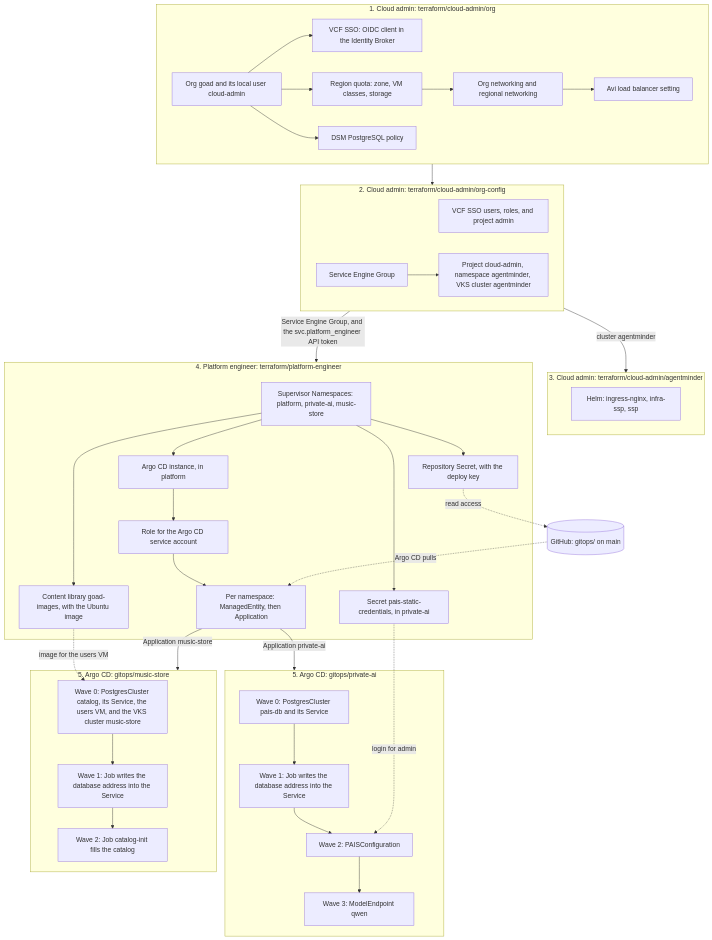
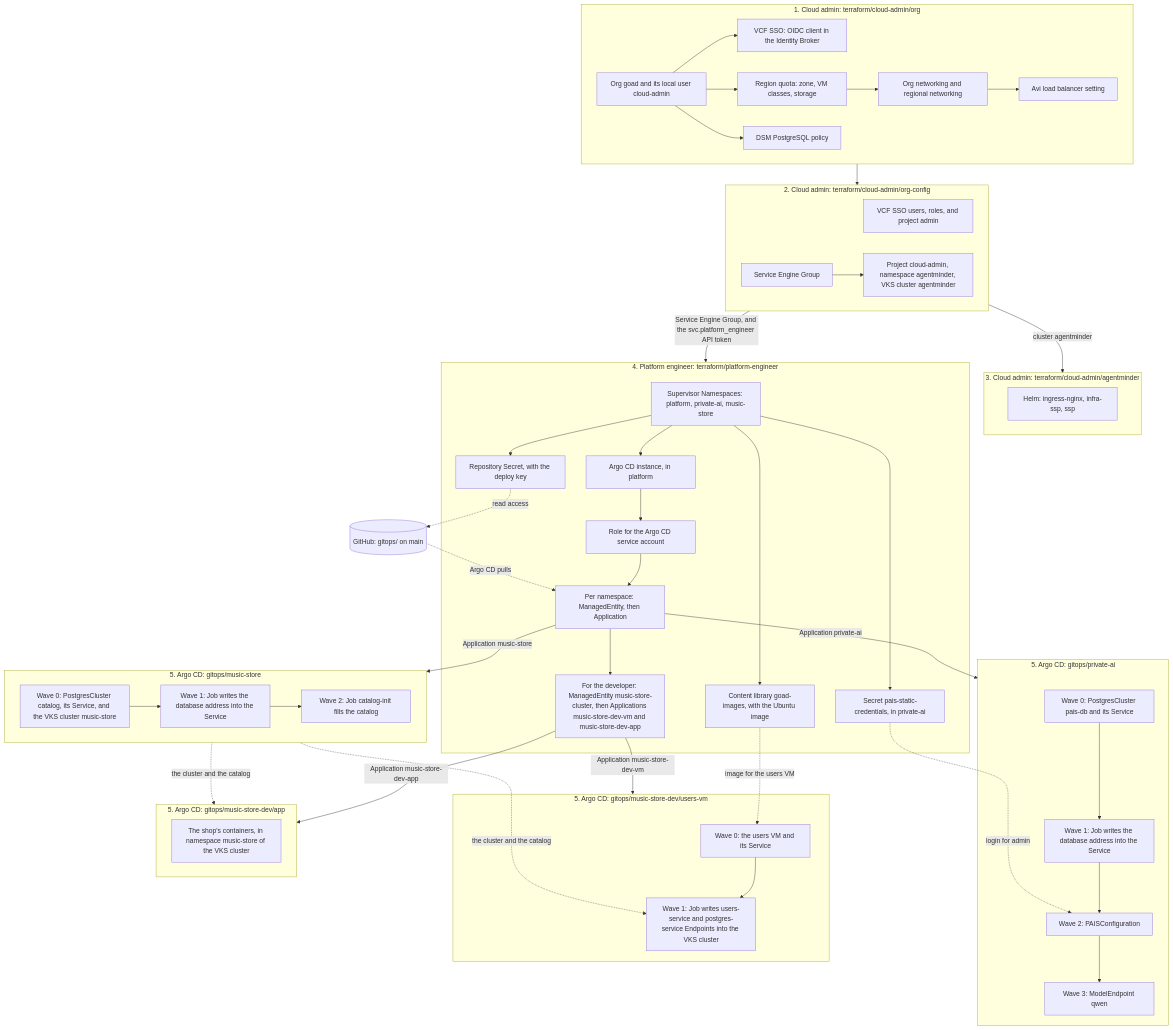
Before and after one commit to modern-apps-5/the-goad: the diagram in README.md, drawn with Mermaid. The commit also changed other lines of this file and 12 other files, not shown here.

First line of the commit message:
Deploy the music store as the developer: users VM and shop containers.

````diff
--- a/README.md
+++ b/README.md
@@ -36,66 +51,81 @@
 ```mermaid
 flowchart TD
     subgraph cloud_admin["1. Cloud admin: terraform/cloud-admin/org"]
         org["Org goad and its local user cloud-admin"]
         sso["VCF SSO: OIDC client in the Identity Broker"]
         quota["Region quota: zone, VM classes, storage"]
         networking["Org networking and regional networking"]
         avi_setting["Avi load balancer setting"]
         dsm_policy["DSM PostgreSQL policy"]
         org --> sso
         org --> quota --> networking --> avi_setting
         org --> dsm_policy
     end
 
     subgraph org_config["2. Cloud admin: terraform/cloud-admin/org-config"]
         users["VCF SSO users, roles, and project admin"]
         seg["Service Engine Group"]
         am_cluster["Project cloud-admin, namespace agentminder, VKS cluster agentminder"]
         seg --> am_cluster
     end
 
     subgraph agentminder["3. Cloud admin: terraform/cloud-admin/agentminder"]
         am_helm["Helm: ingress-nginx, infra-ssp, ssp"]
     end
 
     subgraph platform_engineer["4. Platform engineer: terraform/platform-engineer"]
         namespaces["Supervisor Namespaces: platform, private-ai, music-store"]
         argocd["Argo CD instance, in platform"]
         role["Role for the Argo CD service account"]
         repo_secret["Repository Secret, with the deploy key"]
         pais_secret["Secret pais-static-credentials, in private-ai"]
         handoff["Per namespace: ManagedEntity, then Application"]
+        dev_handoff["For the developer: ManagedEntity music-store-cluster, then Applications music-store-dev-vm and music-store-dev-app"]
         images["Content library goad-images, with the Ubuntu image"]
-        namespaces --> argocd --> role --> handoff
+        namespaces --> argocd --> role --> handoff --> dev_handoff
         namespaces --> repo_secret
         namespaces --> pais_secret
         namespaces --> images
     end
 
     git[("GitHub: gitops/ on main")]
 
     subgraph private_ai["5. Argo CD: gitops/private-ai"]
         pais_wave0["Wave 0: PostgresCluster pais-db and its Service"]
         pais_wave1["Wave 1: Job writes the database address into the Service"]
         pais_wave2["Wave 2: PAISConfiguration"]
         pais_wave3["Wave 3: ModelEndpoint qwen"]
         pais_wave0 --> pais_wave1 --> pais_wave2 --> pais_wave3
     end
 
     subgraph music_store["5. Argo CD: gitops/music-store"]
-        shop_wave0["Wave 0: PostgresCluster catalog, its Service, the users VM, and the VKS cluster music-store"]
+        shop_wave0["Wave 0: PostgresCluster catalog, its Service, and the VKS cluster music-store"]
         shop_wave1["Wave 1: Job writes the database address into the Service"]
         shop_wave2["Wave 2: Job catalog-init fills the catalog"]
         shop_wave0 --> shop_wave1 --> shop_wave2
+    end
+
+    subgraph music_store_dev_vm["5. Argo CD: gitops/music-store-dev/users-vm"]
+        dev_vm_wave0["Wave 0: the users VM and its Service"]
+        dev_vm_wave1["Wave 1: Job writes users-service and postgres-service Endpoints into the VKS cluster"]
+        dev_vm_wave0 --> dev_vm_wave1
+    end
+
+    subgraph music_store_dev_app["5. Argo CD: gitops/music-store-dev/app"]
+        dev_app["The shop's containers, in namespace music-store of the VKS cluster"]
     end
 
     cloud_admin --> org_config
     org_config -->|"cluster agentminder"| agentminder
     org_config -->|"Service Engine Group, and the svc.platform_engineer API token"| platform_engineer
     repo_secret -.->|"read access"| git
     git -.->|"Argo CD pulls"| handoff
     handoff -->|"Application private-ai"| private_ai
     handoff -->|"Application music-store"| music_store
+    dev_handoff -->|"Application music-store-dev-vm"| music_store_dev_vm
+    dev_handoff -->|"Application music-store-dev-app"| music_store_dev_app
+    music_store -.->|"the cluster and the catalog"| music_store_dev_app
+    music_store -.->|"the cluster and the catalog"| dev_vm_wave1
     pais_secret -.->|"login for admin"| pais_wave2
-    images -.->|"image for the users VM"| shop_wave0
+    images -.->|"image for the users VM"| dev_vm_wave0
 ```
````
